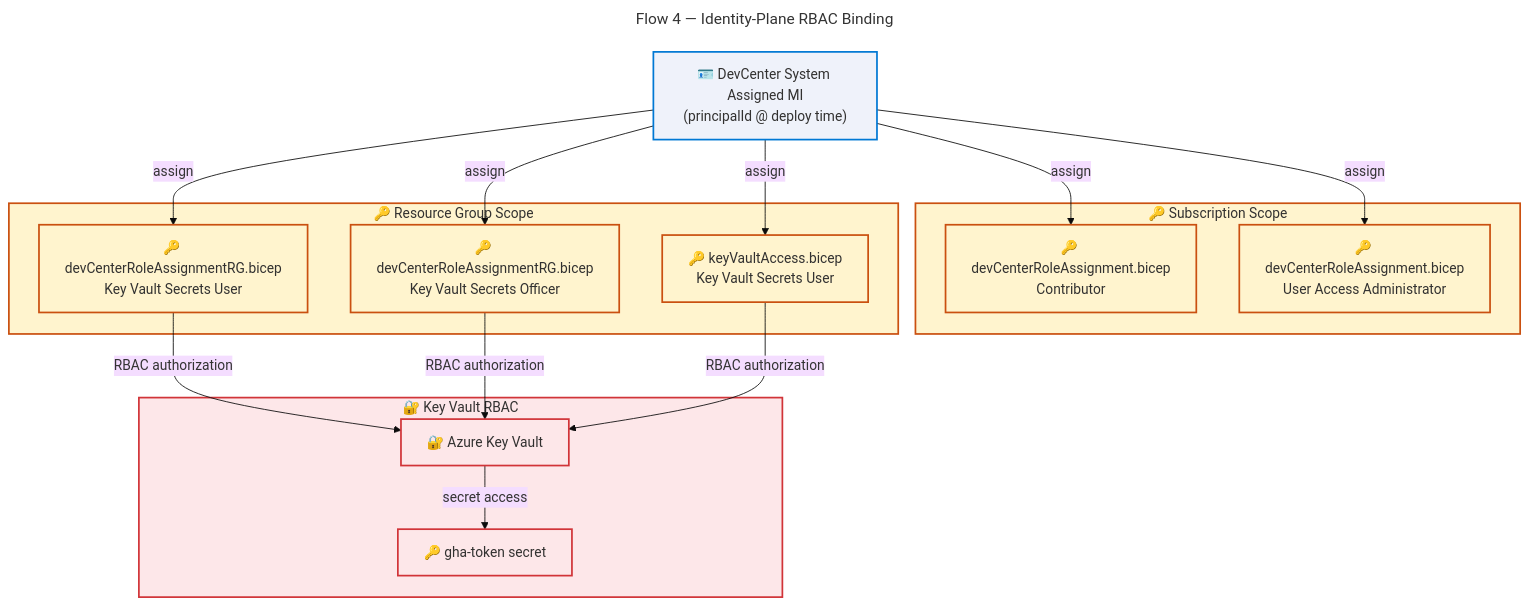
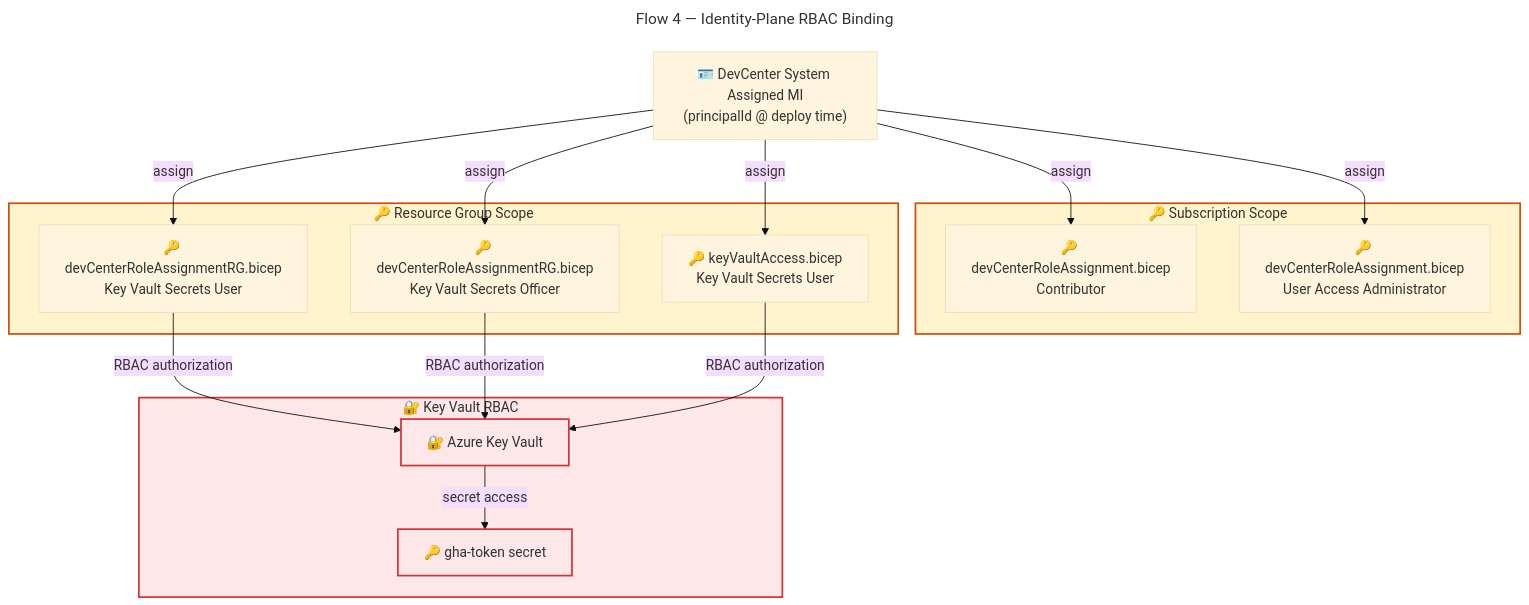
Before and after one commit to Evilazaro/DevExp-DevBox: the eighth of 8 diagrams in docs/architecture/tech-arch.md, drawn with Mermaid. The commit also changed other lines of this file, not shown here.

Commit message:
Refactor identity and role assignment styles in architecture diagrams for improved clarity and consistency

````diff
--- a/docs/architecture/tech-arch.md
+++ b/docs/architecture/tech-arch.md
@@ -1369,57 +1369,57 @@
 ```mermaid
 ---
 title: Flow 4 — Identity-Plane RBAC Binding
 config:
   theme: base
   look: classic
   layout: dagre
   themeVariables:
     fontSize: '16px'
   flowchart:
     htmlLabels: true
 ---
 flowchart TD
     accTitle: Flow 4 Identity-Plane RBAC Binding
     accDescr: Deploy-time identity-plane flow showing DevCenter System Assigned Managed Identity principal ID being bound to RBAC roles at Subscription, Resource Group, and Key Vault scopes, enabling secret access. WCAG AA compliant.
 
     %% ═══════════════════════════════════════════════════════════════
     %% AZURE / FLUENT ARCHITECTURE PATTERN v2.0
     %% PHASE 1-5: Fluent UI palette, subgraph styles, icons, accessibility, classDef
     %% ═══════════════════════════════════════════════════════════════
 
-    DC_MI["🪪 DevCenter System Assigned MI\n(principalId @ deploy time)"]:::identity
+    DC_MI["🪪 DevCenter System Assigned MI\n(principalId @ deploy time)"]:::core
 
     subgraph SUB_SCOPE["🔑 Subscription Scope"]
-        RA_CONTRIB["🔑 devCenterRoleAssignment.bicep\nContributor"]:::rbac
-        RA_UAA["🔑 devCenterRoleAssignment.bicep\nUser Access Administrator"]:::rbac
+        RA_CONTRIB["🔑 devCenterRoleAssignment.bicep\nContributor"]:::warning
+        RA_UAA["🔑 devCenterRoleAssignment.bicep\nUser Access Administrator"]:::warning
     end
 
     subgraph RG_SCOPE["🔑 Resource Group Scope"]
-        RA_KV_USER["🔑 devCenterRoleAssignmentRG.bicep\nKey Vault Secrets User"]:::rbac
-        RA_KV_OFFICER["🔑 devCenterRoleAssignmentRG.bicep\nKey Vault Secrets Officer"]:::rbac
-        RA_KV_ACCESS["🔑 keyVaultAccess.bicep\nKey Vault Secrets User"]:::rbac
+        RA_KV_USER["🔑 devCenterRoleAssignmentRG.bicep\nKey Vault Secrets User"]:::warning
+        RA_KV_OFFICER["🔑 devCenterRoleAssignmentRG.bicep\nKey Vault Secrets Officer"]:::warning
+        RA_KV_ACCESS["🔑 keyVaultAccess.bicep\nKey Vault Secrets User"]:::warning
     end
 
     subgraph KV_SCOPE["🔐 Key Vault RBAC"]
         KV["🔐 Azure Key Vault"]:::security
         SECRET["🔑 gha-token secret"]:::security
     end
 
     DC_MI -->|"assign"| RA_CONTRIB
     DC_MI -->|"assign"| RA_UAA
     DC_MI -->|"assign"| RA_KV_USER
     DC_MI -->|"assign"| RA_KV_OFFICER
     DC_MI -->|"assign"| RA_KV_ACCESS
     RA_KV_USER -->|"RBAC authorization"| KV
     RA_KV_OFFICER -->|"RBAC authorization"| KV
     RA_KV_ACCESS -->|"RBAC authorization"| KV
     KV -->|"secret access"| SECRET
 
     style SUB_SCOPE fill:#FFF4CE,stroke:#CA5010,stroke-width:2px,color:#323130
     style RG_SCOPE fill:#FFF4CE,stroke:#CA5010,stroke-width:2px,color:#323130
     style KV_SCOPE fill:#FDE7E9,stroke:#D13438,stroke-width:2px,color:#323130
 
     classDef identity fill:#EFF2FA,stroke:#0078D4,stroke-width:2px,color:#323130
     classDef rbac fill:#FFF4CE,stroke:#CA5010,stroke-width:2px,color:#323130
     classDef security fill:#FDE7E9,stroke:#D13438,stroke-width:2px,color:#323130
 ```
````
